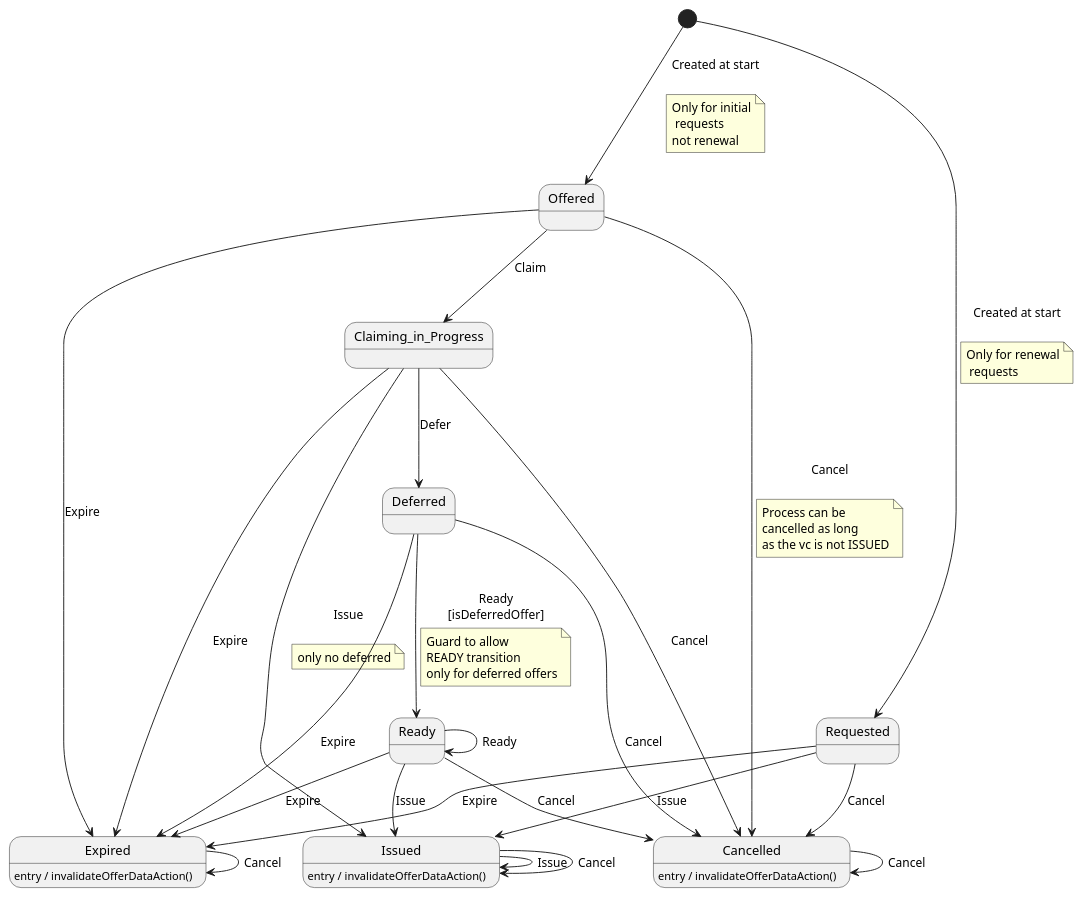
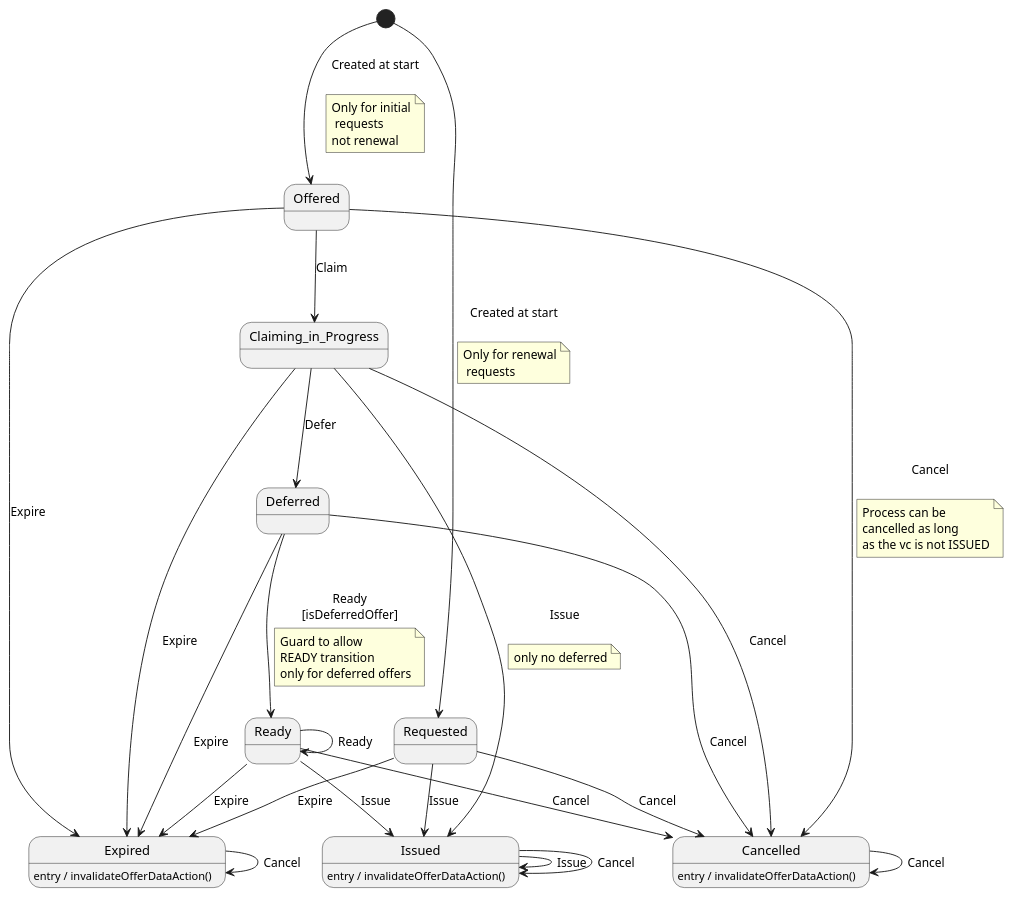
Before and after one commit to swiyu-admin-ch/swiyu-issuer: the diagram in issuer-service/src/main/resources/plantuml/credentialOfferStateMachine.puml, drawn with PlantUML. The commit also changed other lines of this file and 2 other files, not shown here.

```diff
--- a/issuer-service/src/main/resources/plantuml/credentialOfferStateMachine.puml
+++ b/issuer-service/src/main/resources/plantuml/credentialOfferStateMachine.puml
@@ -1,60 +1,60 @@
 @startuml
+state Cancelled  :entry / invalidateOfferDataAction()
 state Claiming_in_Progress
+state Deferred
 state Expired  :entry / invalidateOfferDataAction()
+state Issued  :entry / invalidateOfferDataAction()
 state Offered
+state Ready
 state Requested
-state Cancelled  :entry / invalidateOfferDataAction()
-state Deferred
-state Issued  :entry / invalidateOfferDataAction()
-state Ready
 [*] --> Offered : Created at start\n
 note on link
 Only for initial
  requests
 not renewal
 end note
 
 [*] --> Requested : Created at start\n
 note on link
 Only for renewal
  requests
 end note
 
 Requested --> Issued : Issue
 Requested --> Cancelled : Cancel
 Requested --> Expired : Expire
 Offered --> Cancelled : Cancel\n
 note on link
 Process can be
 cancelled as long
 as the vc is not ISSUED
 end note
 
 Offered --> Expired : Expire
 Offered --> Claiming_in_Progress : Claim
 Claiming_in_Progress --> Expired : Expire
 Claiming_in_Progress --> Deferred : Defer
 Claiming_in_Progress --> Issued : Issue\n
 note on link
 only no deferred
 end note
 
 Claiming_in_Progress --> Cancelled : Cancel
 Deferred --> Ready : Ready\n[isDeferredOffer]
 note on link
 Guard to allow
 READY transition
 only for deferred offers
 end note
 
 Deferred --> Expired : Expire
 Deferred --> Cancelled : Cancel
 Ready --> Issued : Issue
 Ready --> Expired : Expire
 Ready --> Cancelled : Cancel
 Ready --> Ready : Ready
 Issued --> Issued : Issue
 Issued --> Issued : Cancel
 Cancelled --> Cancelled : Cancel
 Expired --> Expired : Cancel
 @enduml
```
